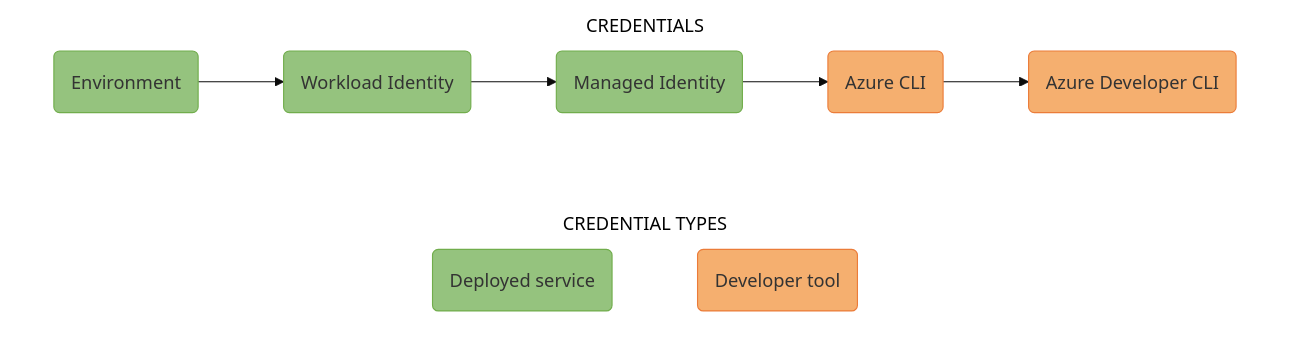
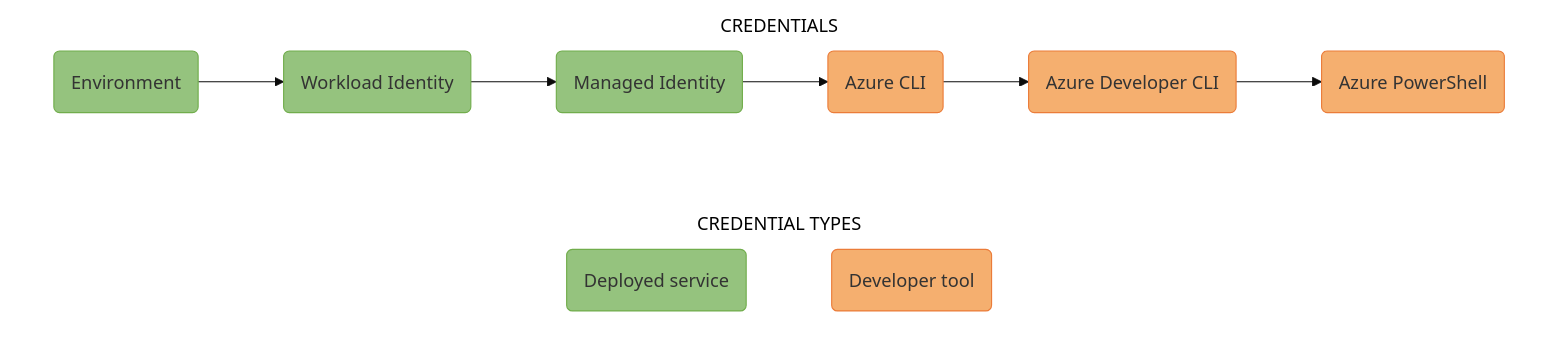
The diagram in articles/go/sdk/mermaidjs/default-azure-credential-auth-flow.md (MicrosoftDocs/azure-dev-docs), drawn with Mermaid before and after one commit. The commit also changed 6 other files, not shown here.

````diff
--- a/articles/go/sdk/mermaidjs/default-azure-credential-auth-flow.md
+++ b/articles/go/sdk/mermaidjs/default-azure-credential-auth-flow.md
@@ -1,42 +1,42 @@
 ```mermaid
 %% STEPS TO GENERATE IMAGE
 %% =======================
 %% 1. Install mermaid CLI v10.9.1 (see https://github.com/mermaid-js/mermaid-cli/blob/master/README.md):
 %%    npm i -g @mermaid-js/mermaid-cli@10.9.1
 %% 2. Run commands:
 %%    mmdc -i default-azure-credential-auth-flow.md -o ../media/mermaidjs/default-azure-credential-auth-flow-inline.svg
 %%    mmdc -i default-azure-credential-auth-flow.md -o ../media/mermaidjs/default-azure-credential-auth-flow-expanded.png -w 1156
 
 %%{
   init: {
     'theme': 'base',
     'themeVariables': {
       'tertiaryBorderColor': '#ffffff',
       'tertiaryColor': '#ffffff'
-
     }
   }
 }%%
 
 flowchart LR;
     subgraph CREDENTIAL TYPES;
         direction LR;
         Deployed(Deployed service):::deployed ~~~ Developer(Developer tool):::developer;
     end;
 
     subgraph CREDENTIALS;
         direction LR
-        A(Environment):::deployed --> B(Workload Identity):::deployed --> C(Managed Identity):::deployed --> D(Azure CLI):::developer --> E(Azure Developer CLI):::developer;
+        A(Environment):::deployed --> B(Workload Identity):::deployed --> C(Managed Identity):::deployed --> D(Azure CLI):::developer --> E(Azure Developer CLI):::developer --> F(Azure PowerShell):::developer;
     end;
 
     %% Define styles for credential type boxes
     classDef deployed fill:#95C37E, stroke:#71AD4C;
     classDef developer fill:#F5AF6F, stroke:#EB7C39;
 
     %% Add API ref links to credential type boxes
     click A "https://pkg.go.dev/github.com/Azure/azure-sdk-for-go/sdk/azidentity#EnvironmentCredential" _blank;
     click B "https://pkg.go.dev/github.com/Azure/azure-sdk-for-go/sdk/azidentity#WorkloadIdentityCredential" _blank;
     click C "https://pkg.go.dev/github.com/Azure/azure-sdk-for-go/sdk/azidentity#ManagedIdentityCredential" _blank;
     click D "https://pkg.go.dev/github.com/Azure/azure-sdk-for-go/sdk/azidentity#AzureCLICredential" _blank;
     click E "https://pkg.go.dev/github.com/Azure/azure-sdk-for-go/sdk/azidentity#AzureDeveloperCLICredential" _blank;
+    click F "https://pkg.go.dev/github.com/Azure/azure-sdk-for-go/sdk/azidentity#AzurePowerShellCredential" _blank;
 ```
````
